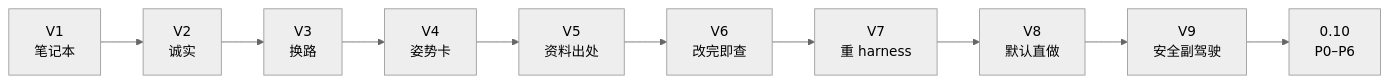
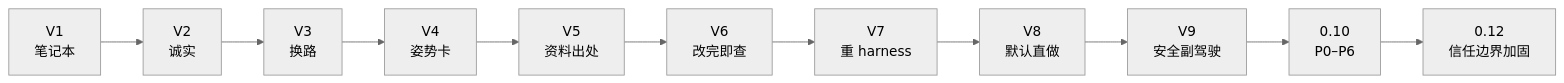
One commit to liuanye9-lab/codex-os-brain changed diagram 24 of 30 in README.md. Above: the diagram before and after it, drawn with Mermaid (neutral theme). The commit also changed other lines of this file, not shown here.

````diff
--- a/README.md
+++ b/README.md
@@ -777,12 +790,13 @@
 ```mermaid
 flowchart LR
   V1["V1<br/>笔记本"] --> V2["V2<br/>诚实"]
   V2 --> V3["V3<br/>换路"]
   V3 --> V4["V4<br/>姿势卡"]
   V4 --> V5["V5<br/>资料出处"]
   V5 --> V6["V6<br/>改完即查"]
   V6 --> V7["V7<br/>重 harness"]
   V7 --> V8["V8<br/>默认直做"]
   V8 --> V9["V9<br/>安全副驾驶"]
   V9 --> V91["0.10<br/>P0–P6"]
+  V91 --> V12["0.12<br/>信任边界加固"]
 ```
````
